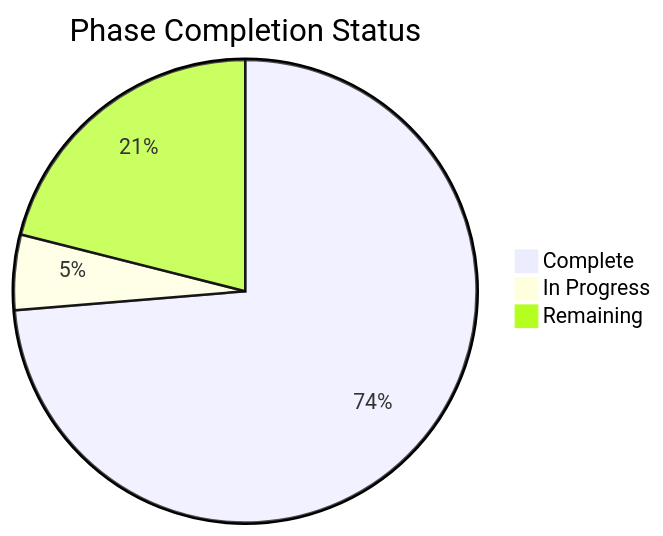
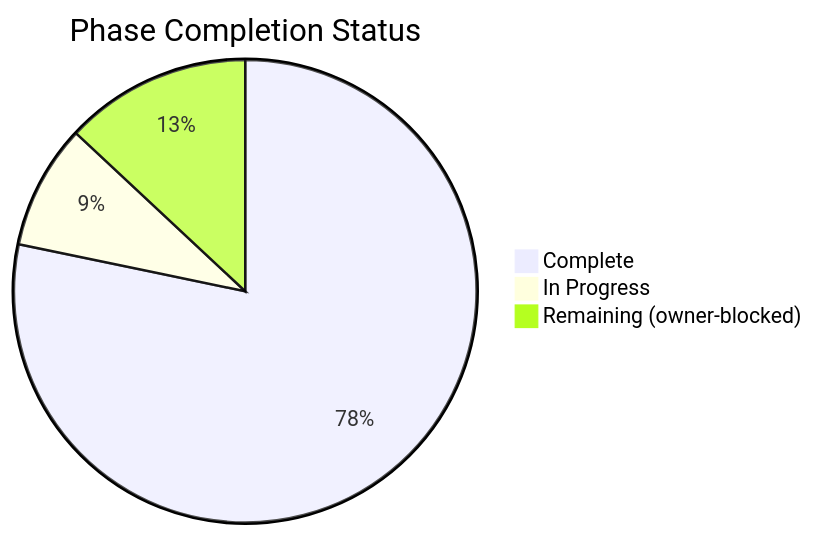
One commit to Remaker-Digital/groundtruth-kb changed the second of 5 diagrams in docs/PROJECT-PLAN.md. Above: the diagram before and after it, drawn with Mermaid. The commit also changed other lines of this file and 15 other files, not shown here.

````diff
--- a/docs/PROJECT-PLAN.md
+++ b/docs/PROJECT-PLAN.md
@@ -59,6 +66,6 @@
 ```mermaid
 pie title Phase Completion Status
-    "Complete" : 14
-    "In Progress" : 1
-    "Remaining" : 4
+    "Complete" : 18
+    "In Progress" : 2
+    "Remaining (owner-blocked)" : 3
 ```
````
